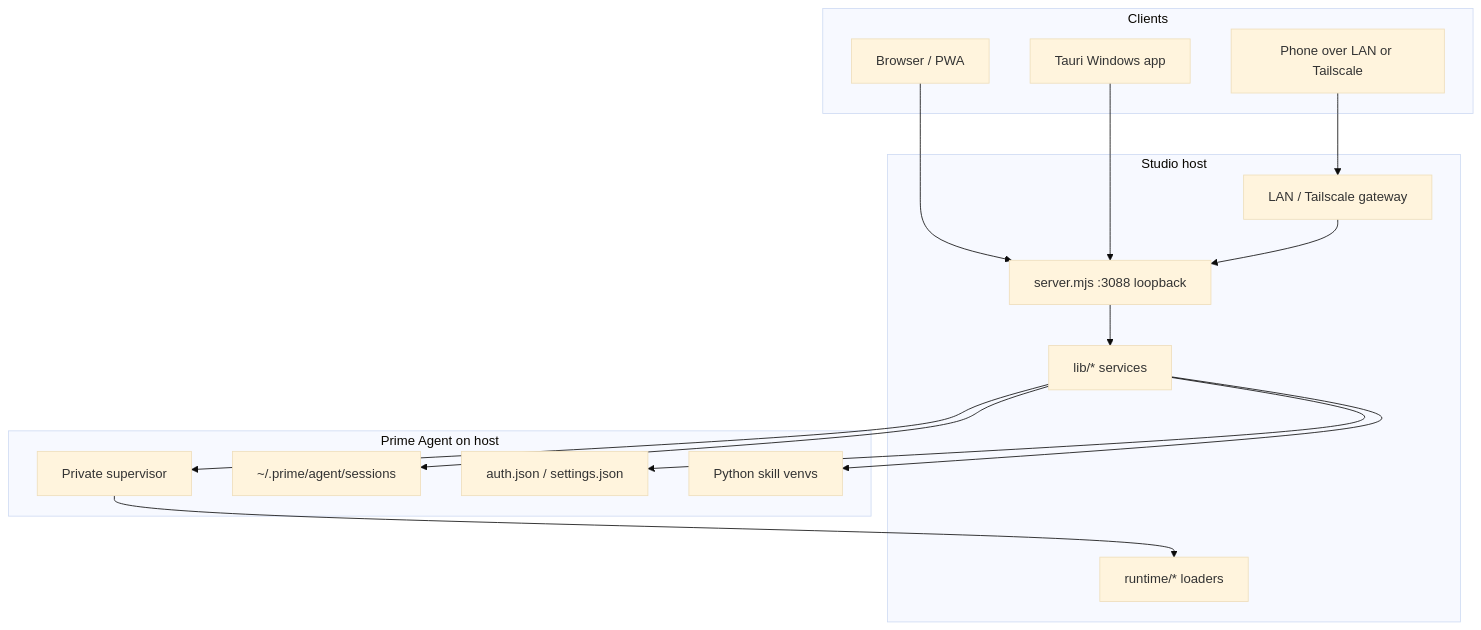
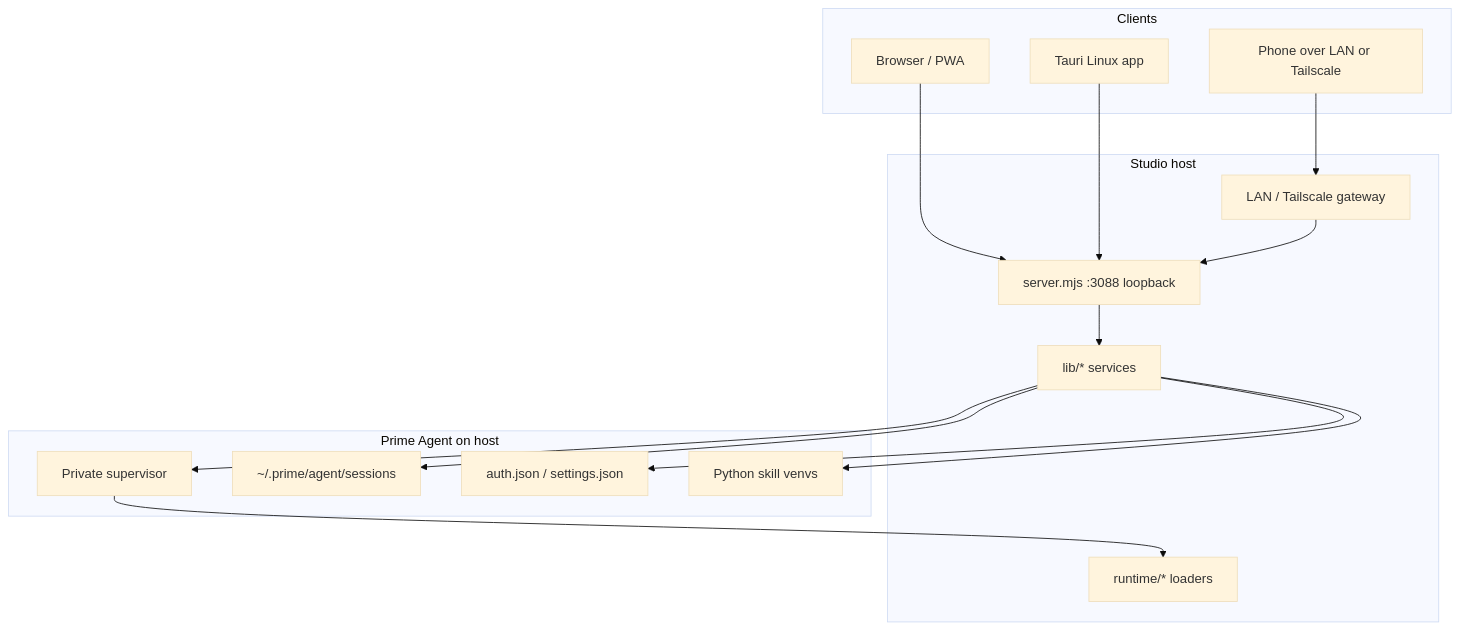
Before and after one commit to mholtzhausen/prime-agent-studio: the diagram in ARCHITECTURE.md, drawn with Mermaid (base theme). The commit also changed other lines of this file and 98 other files, not shown here.

````diff
--- a/ARCHITECTURE.md
+++ b/ARCHITECTURE.md
@@ -40,32 +40,32 @@
 ```mermaid
 flowchart TB
   subgraph clients [Clients]
     Browser["Browser / PWA"]
     Phone["Phone over LAN or Tailscale"]
-    Tauri["Tauri Windows app"]
+    Tauri["Tauri Linux app"]
   end
 
   subgraph studio [Studio host]
     Server["server.mjs :3088 loopback"]
     Gateway["LAN / Tailscale gateway"]
     Lib["lib/* services"]
     Runtime["runtime/* loaders"]
   end
 
   subgraph native [Prime Agent on host]
     Supervisor["Private supervisor"]
     Sessions["~/.prime/agent/sessions"]
     Auth["auth.json / settings.json"]
     Kernel["Python skill venvs"]
   end
 
   Browser --> Server
   Tauri --> Server
   Phone --> Gateway --> Server
   Server --> Lib
   Lib --> Supervisor
   Lib --> Sessions
   Lib --> Auth
   Lib --> Kernel
   Supervisor --> Runtime
 ```
````
